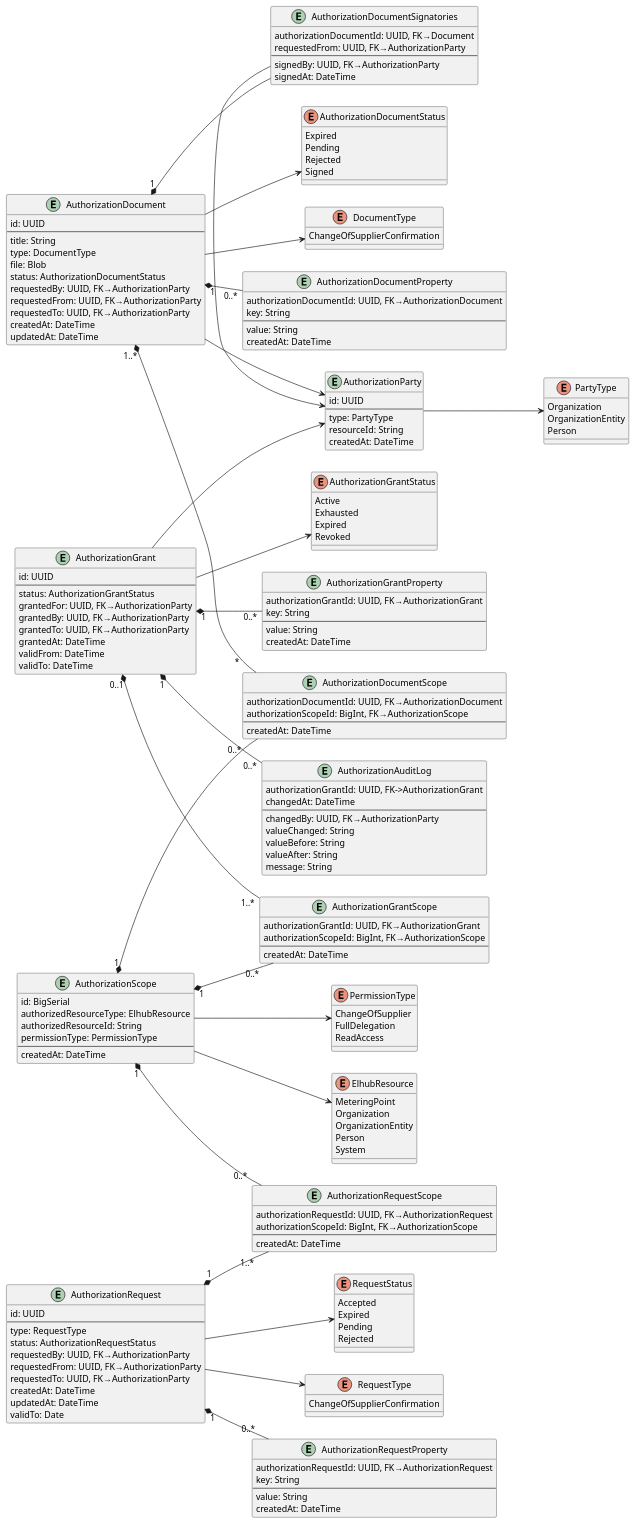
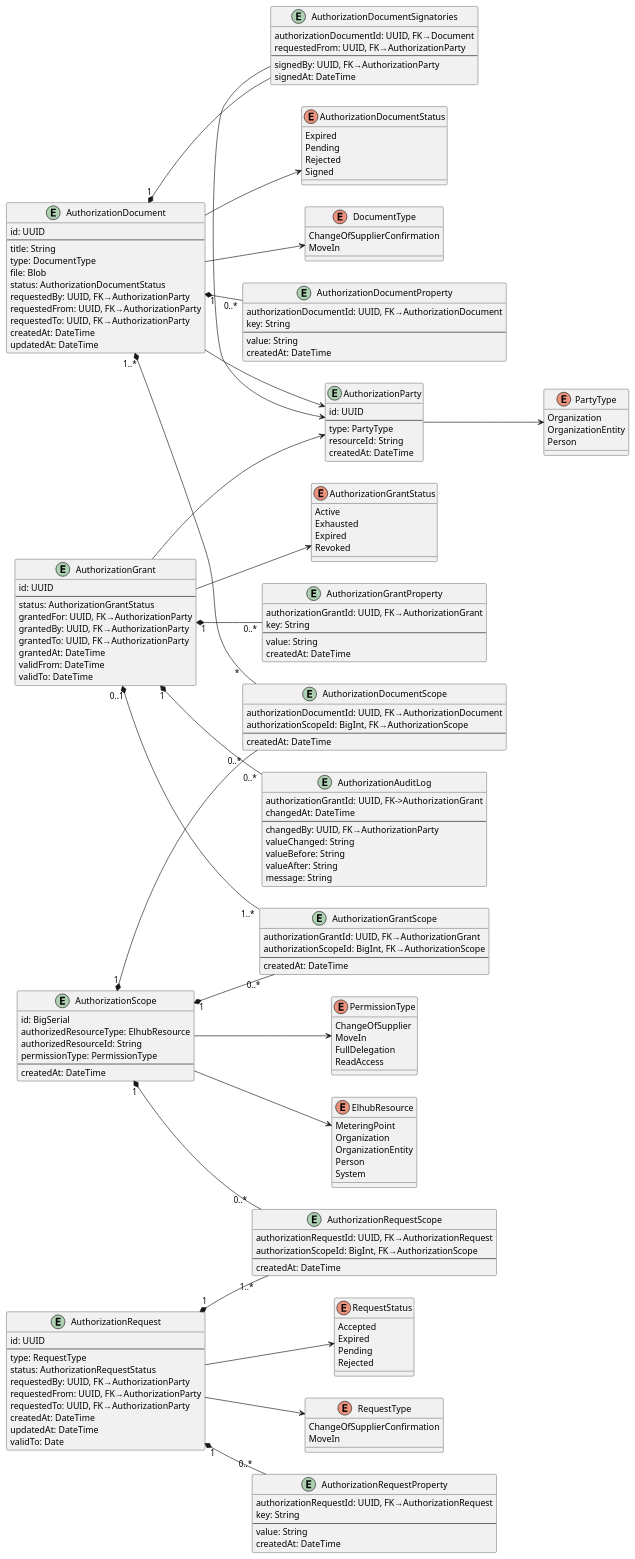
The diagram in docs/assets/datamodel.plantuml (elhub/auth-grant-manager), drawn with PlantUML before and after one commit. The commit also changed 25 other files, not shown here.

```diff
--- a/docs/assets/datamodel.plantuml
+++ b/docs/assets/datamodel.plantuml
@@ -15,6 +15,7 @@
 
 enum PermissionType {
   ChangeOfSupplier
+  MoveIn
   FullDelegation
   ReadAccess
 }
@@ -49,10 +50,12 @@
 
 enum DocumentType {
   ChangeOfSupplierConfirmation
+  MoveIn
 }
 
 enum RequestType {
   ChangeOfSupplierConfirmation
+  MoveIn
 }
 
 entity AuthorizationGrant {
```
